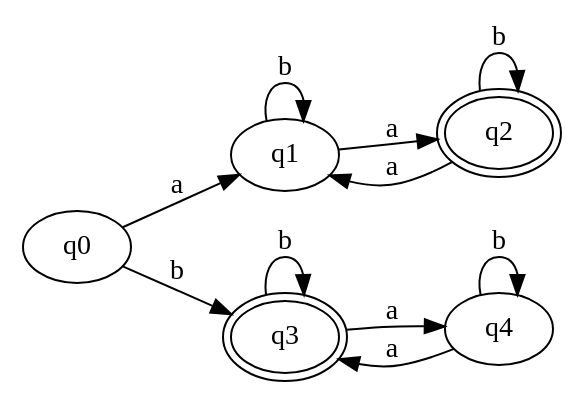
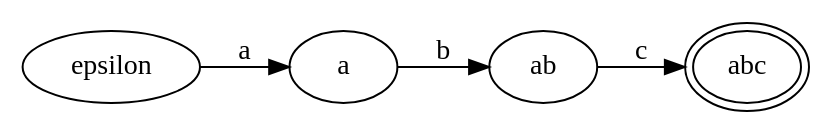
One commit to Christopher-Caroni/L3INFO changed the diagram in TDM5/ael/automate-test-original.dot. Above: the diagram before and after it, drawn with Graphviz. The commit also changed 6 other files, not shown here.

```diff
--- a/TDM5/ael/automate-test-original.dot
+++ b/TDM5/ael/automate-test-original.dot
@@ -1,13 +1,6 @@
 digraph Automaton { 
   rankdir = LR
-  0 [label="q0"];  1 [label="q1"];  2 [label="q2",peripheries=2];  3 [label="q3",peripheries=2];  4 [label="q4"];  0 -> 1 [label = "a" ]
-  0 -> 3 [label = "b" ]
-  1 -> 2 [label = "a" ]
-  1 -> 1 [label = "b" ]
-  2 -> 1 [label = "a" ]
-  2 -> 2 [label = "b" ]
-  3 -> 4 [label = "a" ]
-  3 -> 3 [label = "b" ]
-  4 -> 3 [label = "a" ]
-  4 -> 4 [label = "b" ]
+  0 [label="epsilon"];  1 [label="a"];  2 [label="ab"];  3 [label="abc",peripheries=2];  0 -> 1 [label = "a" ]
+  1 -> 2 [label = "b" ]
+  2 -> 3 [label = "c" ]
 }
```
